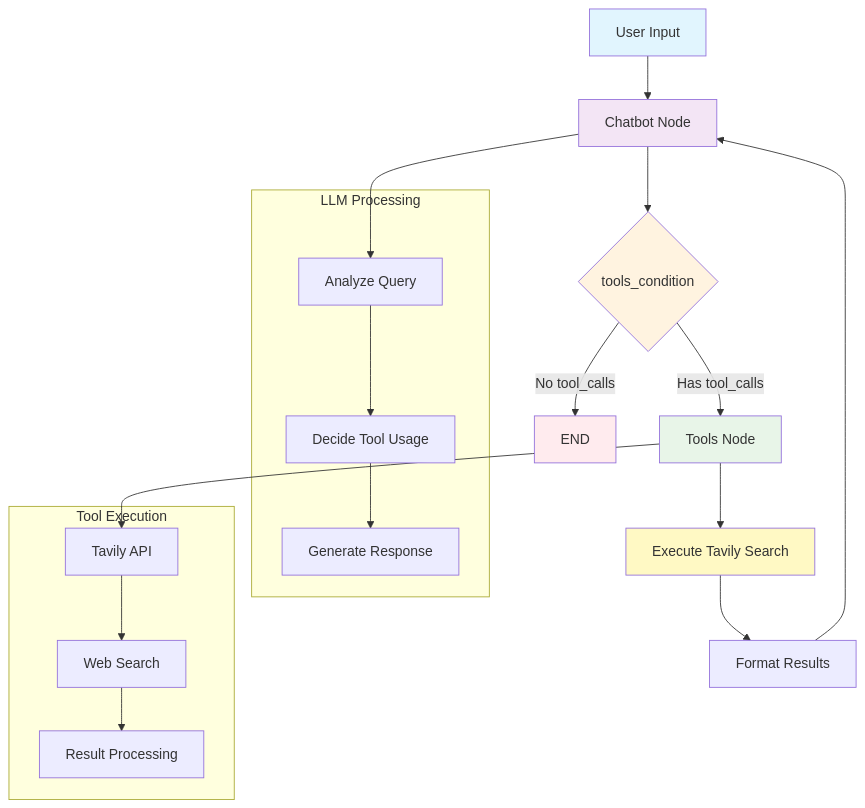
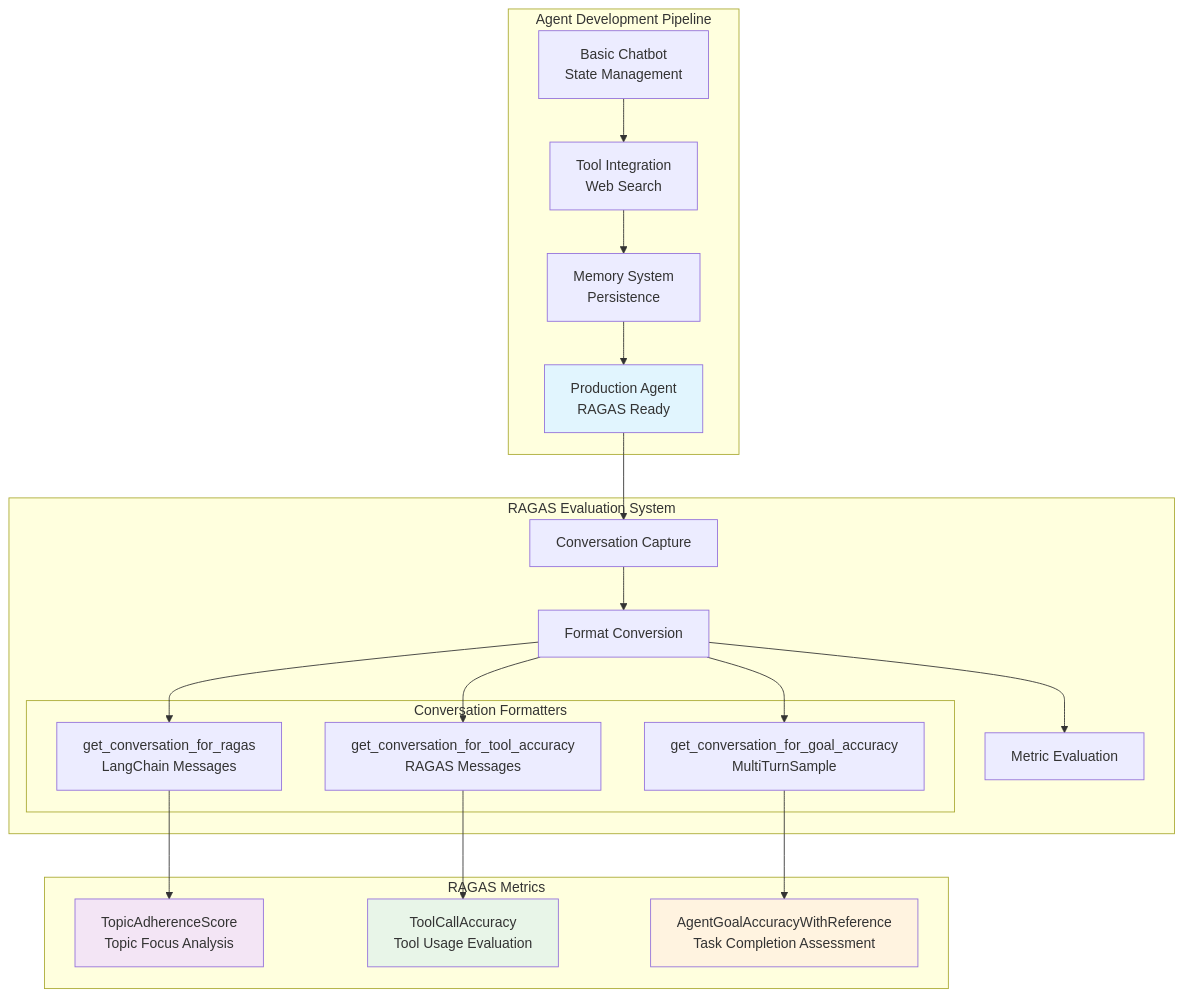
One commit to JoanEsquivel/langGraphAgents changed the first of 3 diagrams in readme.md. Above: the diagram before and after it, drawn with Mermaid. The commit also changed other lines of this file, not shown here.

````diff
--- a/readme.md
+++ b/readme.md
@@ -252,36 +13,39 @@
 ```mermaid
 graph TD
-    A[User Input] --> B[Chatbot Node]
-    B --> C{tools_condition}
-    C -->|Has tool_calls| D[Tools Node]
-    C -->|No tool_calls| E[END]
-    D --> F[Execute Tavily Search]
-    F --> G[Format Results]
-    G --> B
-    
-    subgraph "LLM Processing"
-        H[Analyze Query]
-        I[Decide Tool Usage]
-        J[Generate Response]
+    subgraph "Agent Development Pipeline"
+        A[Basic Chatbot<br/>State Management] --> B[Tool Integration<br/>Web Search]
+        B --> C[Memory System<br/>Persistence]
+        C --> D[Production Agent<br/>RAGAS Ready]
     end
     
-    subgraph "Tool Execution"
-        K[Tavily API]
-        L[Web Search]
-        M[Result Processing]
+    subgraph "RAGAS Evaluation System"
+        D --> E[Conversation Capture]
+        E --> F[Format Conversion]
+        F --> G[Metric Evaluation]
+        
+        subgraph "Conversation Formatters"
+            H[get_conversation_for_ragas<br/>LangChain Messages]
+            I[get_conversation_for_tool_accuracy<br/>RAGAS Messages]
+            J[get_conversation_for_goal_accuracy<br/>MultiTurnSample]
+        end
+        
+        F --> H
+        F --> I
+        F --> J
     end
     
-    B --> H
-    H --> I
-    I --> J
-    D --> K
-    K --> L
-    L --> M
+    subgraph "RAGAS Metrics"
+        K[TopicAdherenceScore<br/>Topic Focus Analysis]
+        L[ToolCallAccuracy<br/>Tool Usage Evaluation]
+        M[AgentGoalAccuracyWithReference<br/>Task Completion Assessment]
+    end
     
-    style A fill:#e1f5fe
-    style B fill:#f3e5f5
-    style C fill:#fff3e0
-    style D fill:#e8f5e8
-    style E fill:#ffebee
-    style F fill:#fff9c4
+    H --> K
+    I --> L
+    J --> M
+    
+    style D fill:#e1f5fe
+    style K fill:#f3e5f5
+    style L fill:#e8f5e8
+    style M fill:#fff3e0
 ```
````
